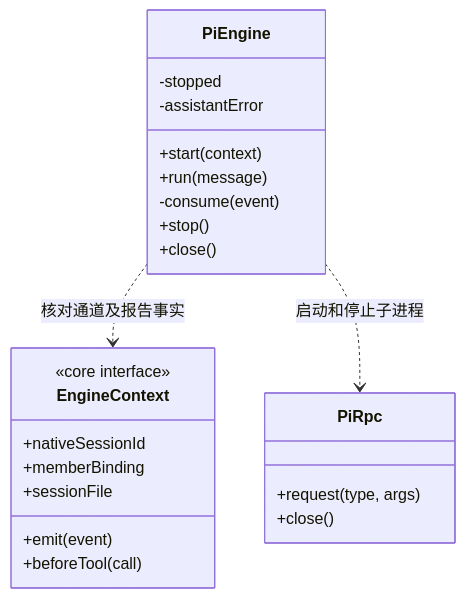
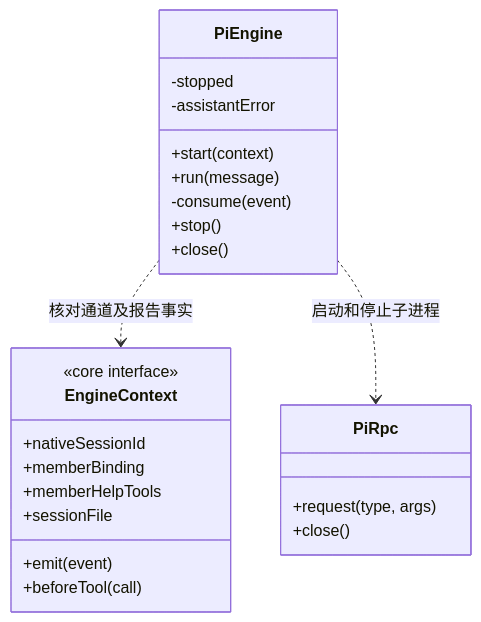
Before and after one commit to nan023062/cbim: the eighth of 8 diagrams in src/backend/core/brain/pi/ARCHITECTURE.md, drawn with Mermaid. The commit also changed other lines of this file and 47 other files, not shown here.

````diff
--- a/src/backend/core/brain/pi/ARCHITECTURE.md
+++ b/src/backend/core/brain/pi/ARCHITECTURE.md
@@ -221,26 +221,27 @@
 ```mermaid
 classDiagram
 class PiEngine {
   -stopped
   -assistantError
   +start(context)
   +run(message)
   -consume(event)
   +stop()
   +close()
 }
 class EngineContext {
   <<core interface>>
   +nativeSessionId
   +memberBinding
+  +memberHelpTools
   +sessionFile
   +emit(event)
   +beforeTool(call)
 }
 class PiRpc {
   +request(type, args)
   +close()
 }
 PiEngine ..> EngineContext : 核对通道及报告事实
 PiEngine ..> PiRpc : 启动和停止子进程
 ```
````
